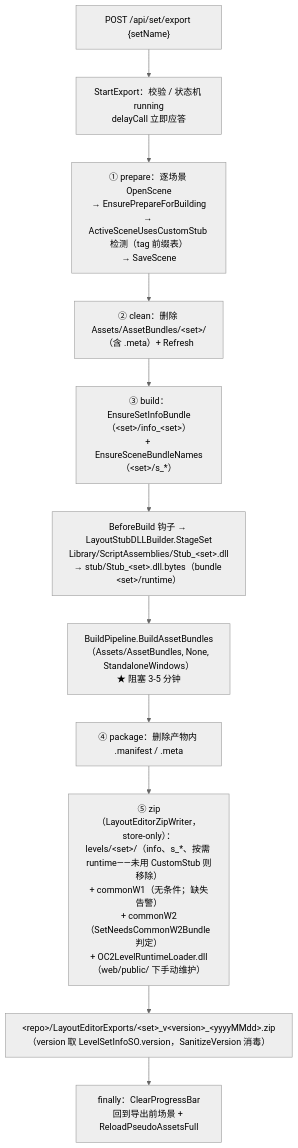
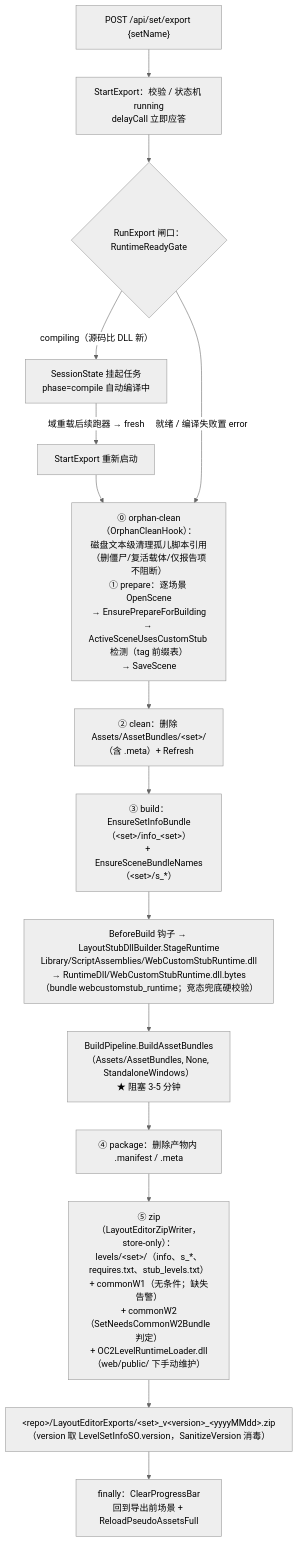
One commit to guojia99/Overcooked2-LevelEditor-WebTools changed the third of 3 diagrams in pkg/layout-editor/docs/02-后端-Assets-Editor-LayoutEditor.md. Above: the diagram before and after it, drawn with Mermaid (neutral theme). The commit also changed other lines of this file and 30 other files, not shown here.

````diff
--- a/pkg/layout-editor/docs/02-后端-Assets-Editor-LayoutEditor.md
+++ b/pkg/layout-editor/docs/02-后端-Assets-Editor-LayoutEditor.md
@@ -424,13 +429,17 @@
 ```mermaid
 flowchart TD
     A["POST /api/set/export {setName}"] --> B["StartExport：校验 / 状态机 running<br/>delayCall 立即应答"]
-    B --> C["① prepare：逐场景 OpenScene<br/>→ EnsurePrepareForBuilding<br/>→ ActiveSceneUsesCustomStub 检测（tag 前缀表）<br/>→ SaveScene"]
+    B --> G0{"RunExport 闸口：RuntimeReadyGate"}
+    G0 -- "compiling（源码比 DLL 新）" --> G1["SessionState 挂起任务<br/>phase=compile 自动编译中"]
+    G1 -- "域重载后续跑器 → fresh" --> B2["StartExport 重新启动"]
+    B2 --> C
+    G0 -- "就绪 / 编译失败置 error" --> C["⓪ orphan-clean（OrphanCleanHook）：<br/>磁盘文本级清理孤儿脚本引用<br/>（删僵尸/复活载体/仅报告项不阻断）<br/>① prepare：逐场景 OpenScene<br/>→ EnsurePrepareForBuilding<br/>→ ActiveSceneUsesCustomStub 检测（tag 前缀表）<br/>→ SaveScene"]
     C --> D["② clean：删除 Assets/AssetBundles/&lt;set&gt;/（含 .meta）+ Refresh"]
     D --> E["③ build：EnsureSetInfoBundle（&lt;set&gt;/info_&lt;set&gt;）<br/>+ EnsureSceneBundleNames（&lt;set&gt;/s_*）"]
-    E --> F["BeforeBuild 钩子 → LayoutStubDLLBuilder.StageSet<br/>Library/ScriptAssemblies/Stub_&lt;set&gt;.dll<br/>→ stub/Stub_&lt;set&gt;.dll.bytes（bundle &lt;set&gt;/runtime）"]
+    E --> F["BeforeBuild 钩子 → LayoutStubDllBuilder.StageRuntime<br/>Library/ScriptAssemblies/WebCustomStubRuntime.dll<br/>→ RuntimeDll/WebCustomStubRuntime.dll.bytes<br/>（bundle webcustomstub_runtime；竞态兜底硬校验）"]
     F --> G["BuildPipeline.BuildAssetBundles<br/>（Assets/AssetBundles, None, StandaloneWindows）<br/>★ 阻塞 3-5 分钟"]
     G --> H["④ package：删除产物内 .manifest / .meta"]
-    H --> I["⑤ zip（LayoutEditorZipWriter，store-only）：<br/>levels/&lt;set&gt;/（info、s_*、按需 runtime——未用 CustomStub 则移除）<br/>+ commonW1（无条件；缺失告警）<br/>+ commonW2（SetNeedsCommonW2Bundle 判定）<br/>+ OC2LevelRuntimeLoader.dll（web/public/ 下手动维护）"]
+    H --> I["⑤ zip（LayoutEditorZipWriter，store-only）：<br/>levels/&lt;set&gt;/（info、s_*、requires.txt、stub_levels.txt）<br/>+ commonW1（无条件；缺失告警）<br/>+ commonW2（SetNeedsCommonW2Bundle 判定）<br/>+ OC2LevelRuntimeLoader.dll（web/public/ 下手动维护）"]
     I --> J["&lt;repo&gt;/LayoutEditorExports/&lt;set&gt;_v&lt;version&gt;_&lt;yyyyMMdd&gt;.zip<br/>（version 取 LevelSetInfoSO.version，SanitizeVersion 消毒）"]
     J --> K["finally：ClearProgressBar<br/>回到导出前场景 + ReloadPseudoAssetsFull"]
 ```
````
